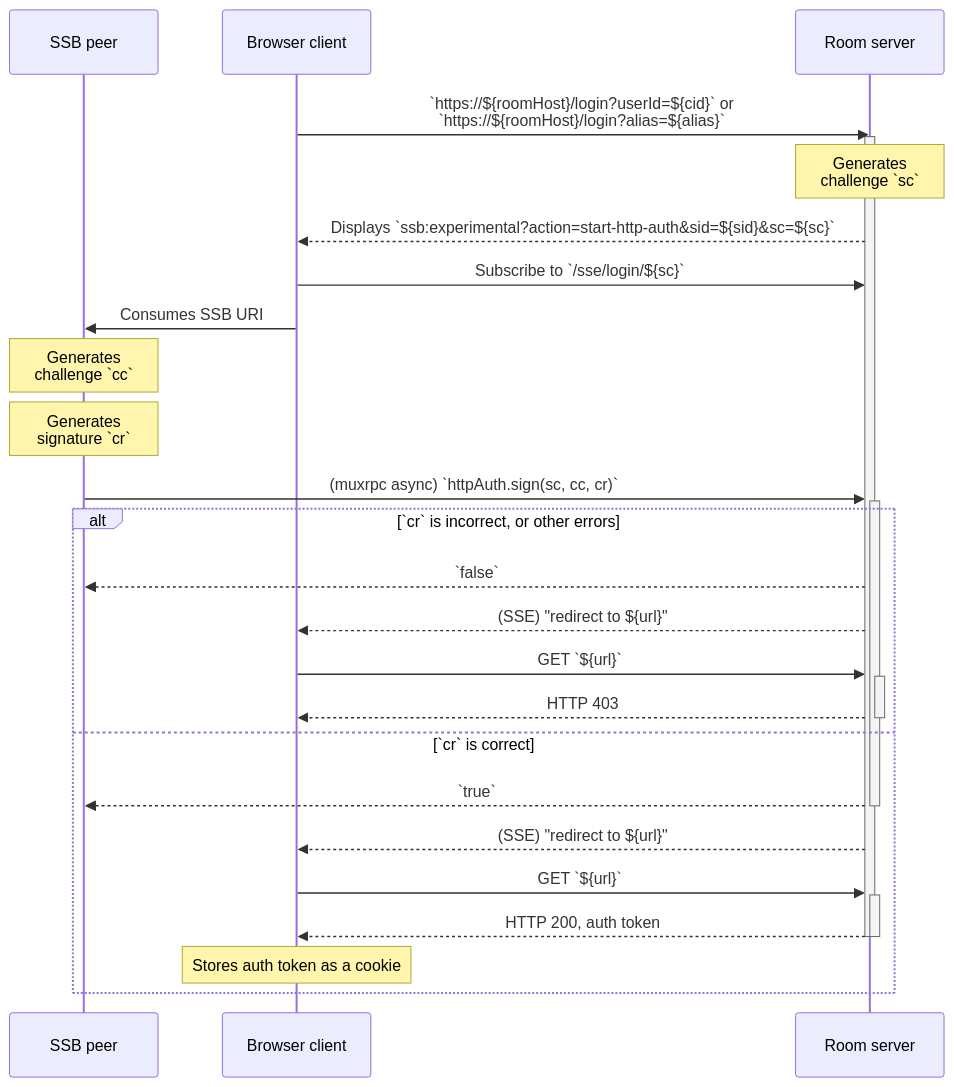
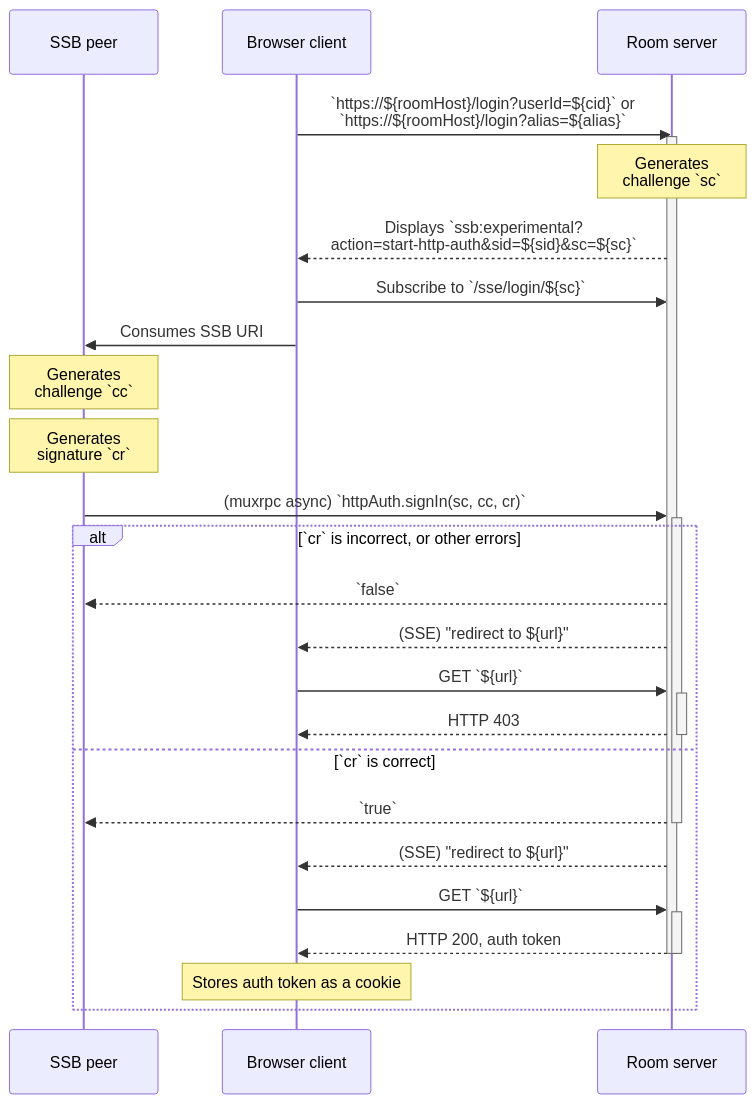
Before and after one commit to ssbc/rooms2: the second of 4 diagrams in docs/Setup/Sign-in with SSB.md, drawn with Mermaid.

Commit message:
fix some typos in sign-in with ssb

````diff
--- a/docs/Setup/Sign-in with SSB.md
+++ b/docs/Setup/Sign-in with SSB.md
@@ -66,29 +66,29 @@
 ```mermaid
 sequenceDiagram
   participant Umux as SSB peer
   participant Uweb as Browser client
   participant R as Room server
 
   Uweb->>R: `https://${roomHost}/login?userId=${cid}` or<br/>`https://${roomHost}/login?alias=${alias}`
   activate R
   Note over R: Generates<br/>challenge `sc`
-  R-->>Uweb: Displays `ssb:experimental?action=start-http-auth&sid=${sid}&sc=${sc}`
+  R-->>Uweb: Displays `ssb:experimental?<br/>action=start-http-auth&sid=${sid}&sc=${sc}`
   Uweb->>R: Subscribe to `/sse/login/${sc}`
   Uweb->>Umux: Consumes SSB URI
   Note over Umux: Generates<br/>challenge `cc`
   Note over Umux: Generates<br/>signature `cr`
-  Umux->>+R: (muxrpc async) `httpAuth.sign(sc, cc, cr)`
+  Umux->>+R: (muxrpc async) `httpAuth.signIn(sc, cc, cr)`
   alt `cr` is incorrect, or other errors
     R-->>Umux: `false`
     R-->>Uweb: (SSE) "redirect to ${url}"
     Uweb->>+R: GET `${url}`
     R-->>-Uweb: HTTP 403
   else `cr` is correct
     R-->>-Umux: `true`
     R-->>Uweb: (SSE) "redirect to ${url}"
     Uweb->>+R: GET `${url}`
     R-->>-Uweb: HTTP 200, auth token
     deactivate R
     Note over Uweb: Stores auth token as a cookie
   end
 ```
````
